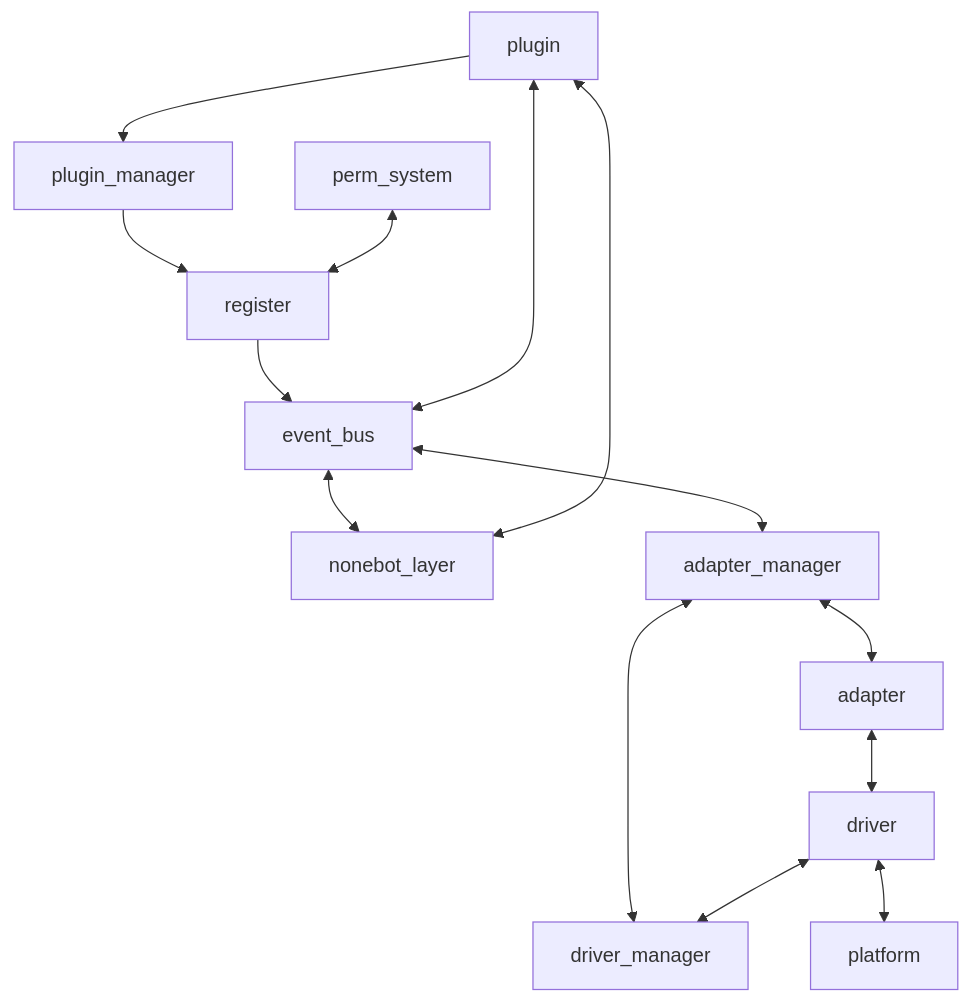
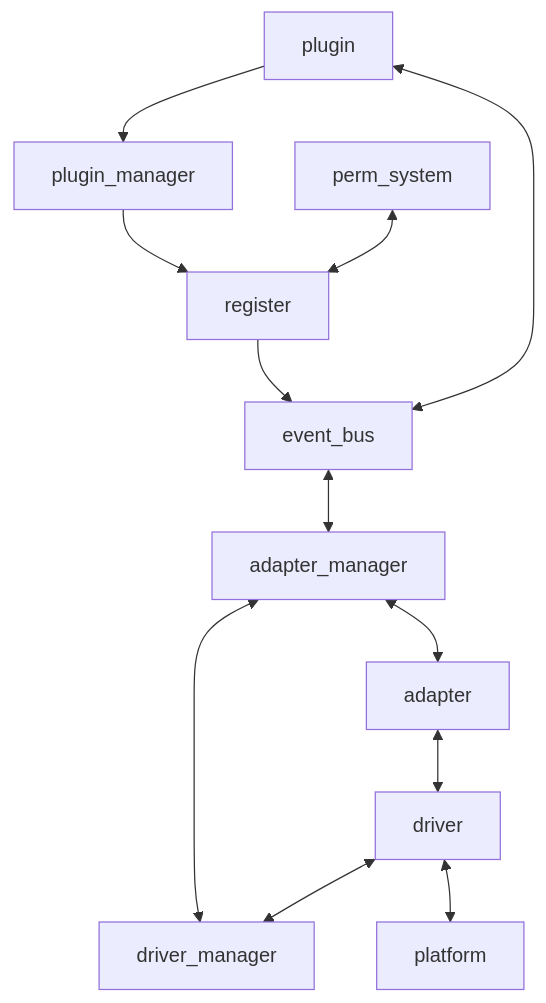
One commit to ProjectCoral/Coral changed the first of 2 diagrams in docs/DevManual.md. Above: the diagram before and after it, drawn with Mermaid. The commit also changed other lines of this file and 29 other files, not shown here.

````diff
--- a/docs/DevManual.md
+++ b/docs/DevManual.md
@@ -20,16 +20,14 @@
 ```mermaid
 graph TD
 B[plugin] --> A[plugin_manager]
 A --> C[register]
 C --> D[event_bus]
 B <--> D
-D <--> I[nonebot_layer]
-B <--> I
 E[perm_system] <--> C
 D <--> F[adapter_manager]
 F <-->  G[driver_manager]
 J[driver] <--> G
 F <--> H[adapter]
 H <--> J
 J <--> K[platform]
 ```
````
